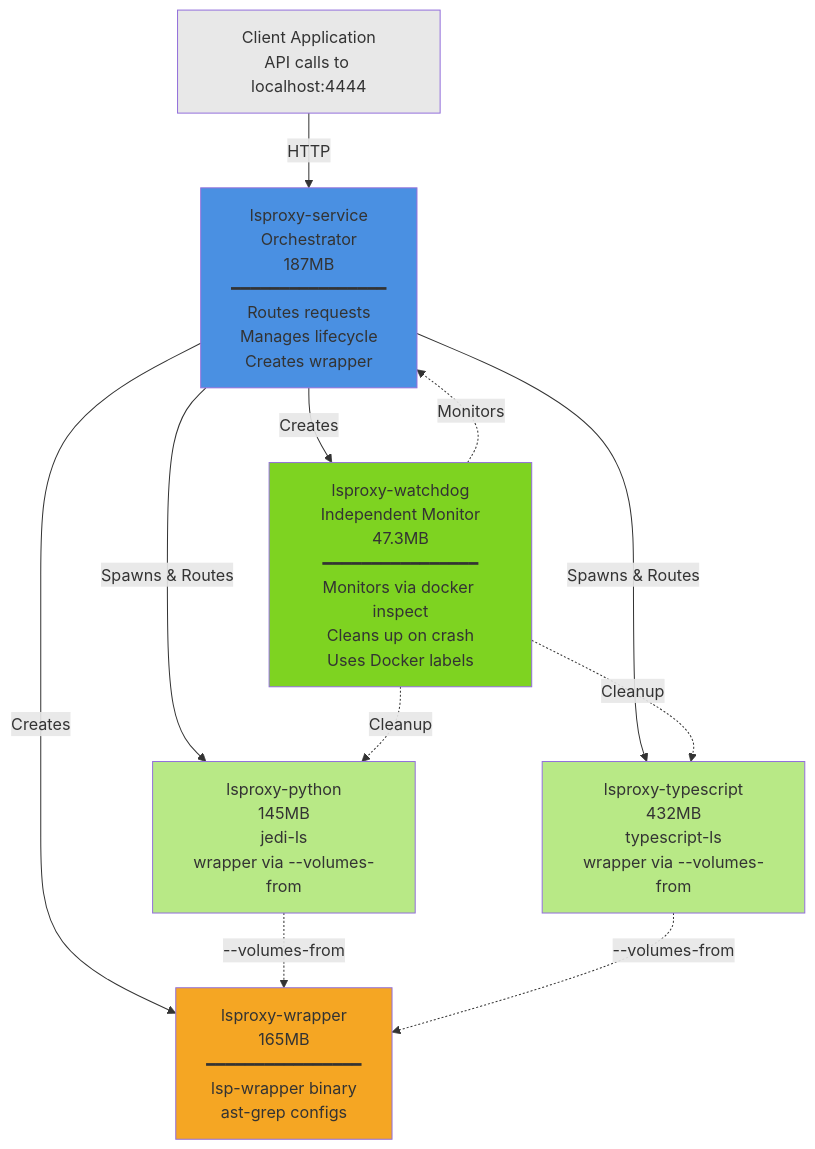
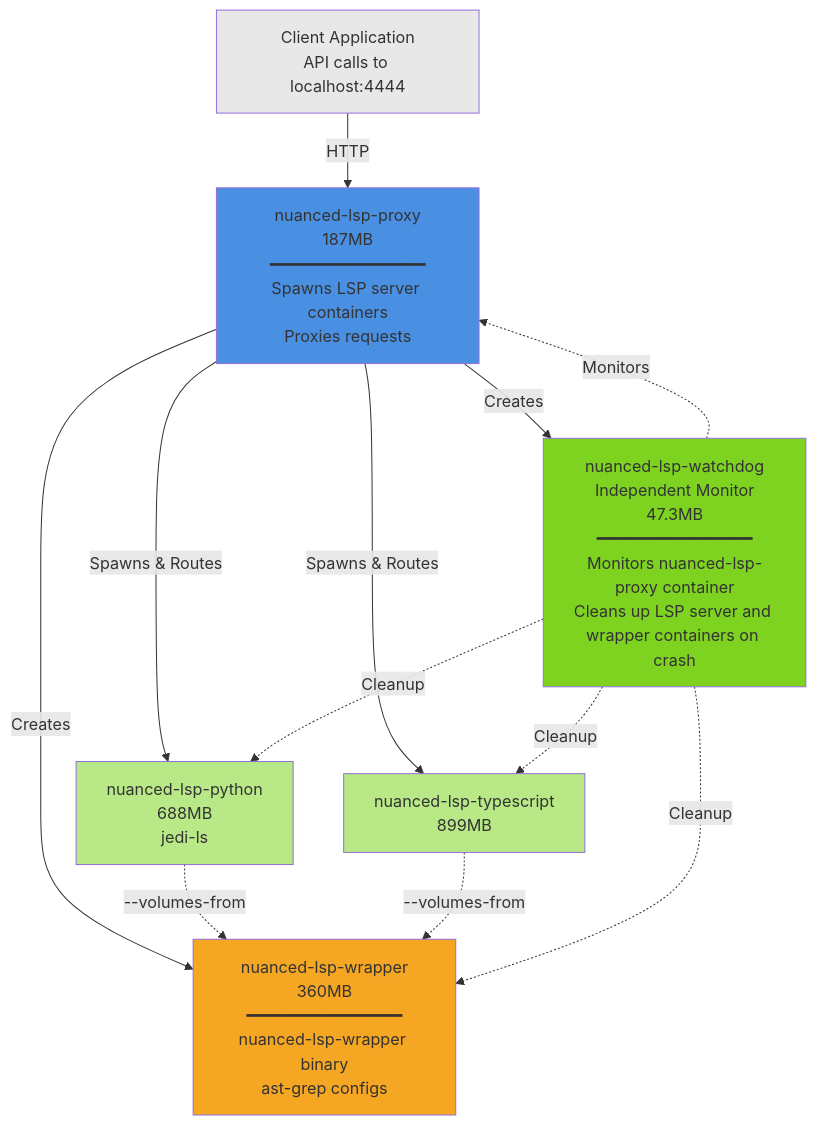
Before and after one commit to nuanced-dev/lsproxy: the third of 4 diagrams in README.md, drawn with Mermaid. The commit also changed other lines of this file and 4 other files, not shown here.

Commit message:
docs: update for proxy rename and cleanup

````diff
--- a/README.md
+++ b/README.md
@@ -316,34 +302,35 @@
 ```mermaid
 graph TB
     Client[Client Application<br/>API calls to localhost:4444]
 
-    Service[lsproxy-service<br/>Orchestrator<br/>187MB<br/>━━━━━━━━━━━━━━━━<br/>Routes requests<br/>Manages lifecycle<br/>Creates wrapper]
+    Proxy[nuanced-lsp-proxy<br/>187MB<br/>━━━━━━━━━━━━━━━━<br/>Spawns LSP server containers<br />Proxies requests]
 
-    Python[lsproxy-python<br/>145MB<br/>jedi-ls<br/>wrapper via --volumes-from]
+    Python[nuanced-lsp-python<br/>688MB<br/>jedi-ls]
 
-    TypeScript[lsproxy-typescript<br/>432MB<br/>typescript-ls<br/>wrapper via --volumes-from]
+    TypeScript[nuanced-lsp-typescript<br/>899MB]
 
-    Wrapper[lsproxy-wrapper<br/>165MB<br/>━━━━━━━━━━━━━━━━<br/>lsp-wrapper binary<br/>ast-grep configs]
+    Wrapper[nuanced-lsp-wrapper<br/>360MB<br/>━━━━━━━━━━━━━━━━<br/>nuanced-lsp-wrapper binary<br/>ast-grep configs]
 
-    Watchdog[lsproxy-watchdog<br/>Independent Monitor<br/>47.3MB<br/>━━━━━━━━━━━━━━━━<br/>Monitors via docker inspect<br/>Cleans up on crash<br/>Uses Docker labels]
+    Watchdog[nuanced-lsp-watchdog<br/>Independent Monitor<br/>47.3MB<br/>━━━━━━━━━━━━━━━━<br/>Monitors nuanced-lsp-proxy container<br/>Cleans up LSP server and wrapper containers on crash]
 
-    Client -->|HTTP| Service
-    Service -->|Spawns & Routes| Python
-    Service -->|Spawns & Routes| TypeScript
-    Service -->|Creates| Wrapper
-    Service -->|Creates| Watchdog
+    Client -->|HTTP| Proxy
+    Proxy -->|Creates| Wrapper
+    Proxy -->|Creates| Watchdog
+    Proxy -->|Spawns & Routes| Python
+    Proxy -->|Spawns & Routes| TypeScript
 
     Python -.->|--volumes-from| Wrapper
     TypeScript -.->|--volumes-from| Wrapper
 
-    Watchdog -.->|Monitors| Service
+    Watchdog -.->|Monitors| Proxy
     Watchdog -.->|Cleanup| Python
     Watchdog -.->|Cleanup| TypeScript
+    Watchdog -.->|Cleanup| Wrapper
 
-    style Service fill:#4A90E2
+    style Proxy fill:#4A90E2
     style Wrapper fill:#F5A623
     style Watchdog fill:#7ED321
     style Python fill:#B8E986
     style TypeScript fill:#B8E986
     style Client fill:#E8E8E8
 ```
````
